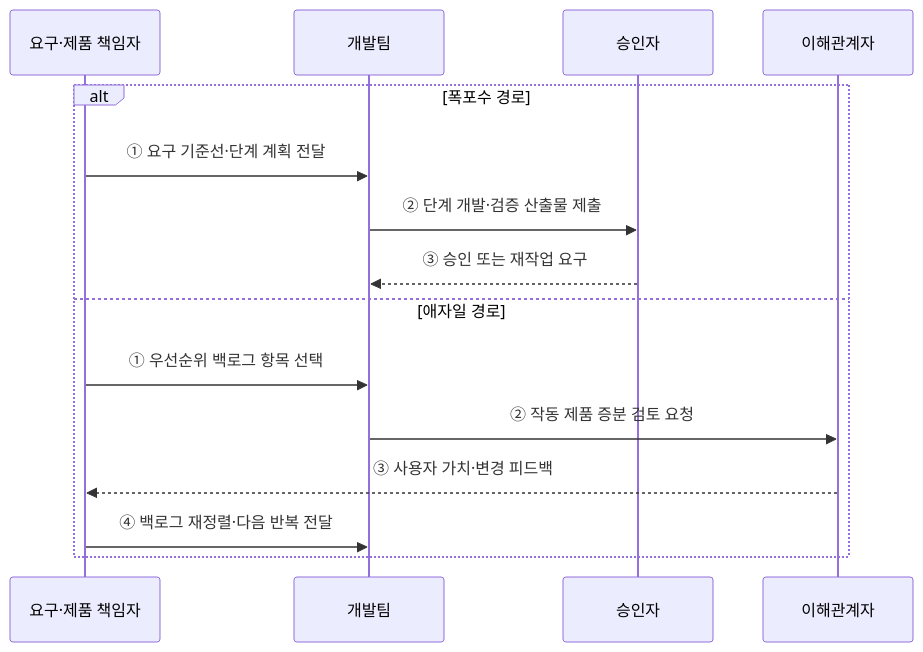
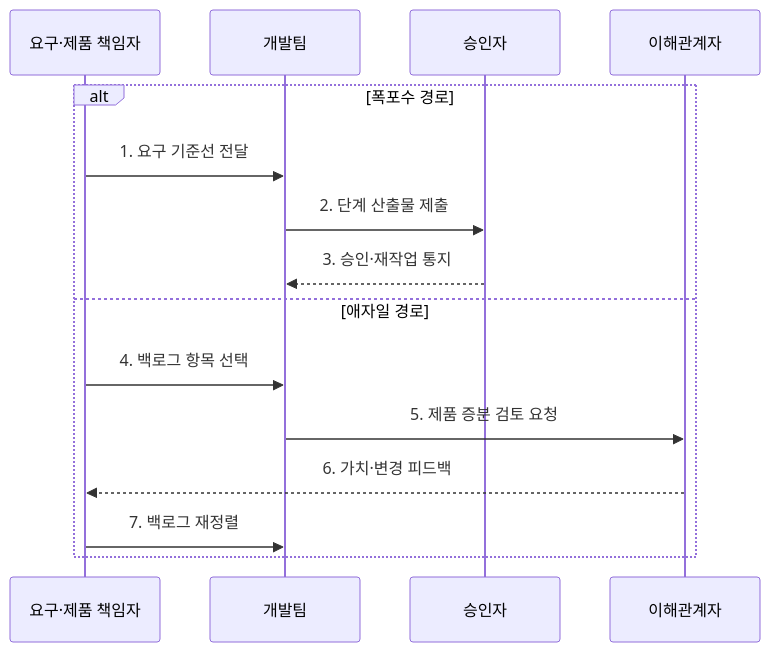
The second of 2 diagrams in src/content/docs/notes/03-software/031_waterfall_vs_agile.md (agnusdei1207/knowledge-base), drawn with Mermaid before and after one commit. The commit also changed other lines of this file and 20 other files, not shown here.

````diff
--- a/src/content/docs/notes/03-software/031_waterfall_vs_agile.md
+++ b/src/content/docs/notes/03-software/031_waterfall_vs_agile.md
@@ -83,17 +82,17 @@
 ```mermaid
 sequenceDiagram
     participant O as 요구·제품 책임자
     participant D as 개발팀
     participant A as 승인자
     participant S as 이해관계자
     alt 폭포수 경로
-        O->>D: ① 요구 기준선·단계 계획 전달
-        D->>A: ② 단계 개발·검증 산출물 제출
-        A-->>D: ③ 승인 또는 재작업 요구
+        O->>D: 1. 요구 기준선 전달
+        D->>A: 2. 단계 산출물 제출
+        A-->>D: 3. 승인·재작업 통지
     else 애자일 경로
-        O->>D: ① 우선순위 백로그 항목 선택
-        D->>S: ② 작동 제품 증분 검토 요청
-        S-->>O: ③ 사용자 가치·변경 피드백
-        O->>D: ④ 백로그 재정렬·다음 반복 전달
+        O->>D: 4. 백로그 항목 선택
+        D->>S: 5. 제품 증분 검토 요청
+        S-->>O: 6. 가치·변경 피드백
+        O->>D: 7. 백로그 재정렬
     end
 ```
````
